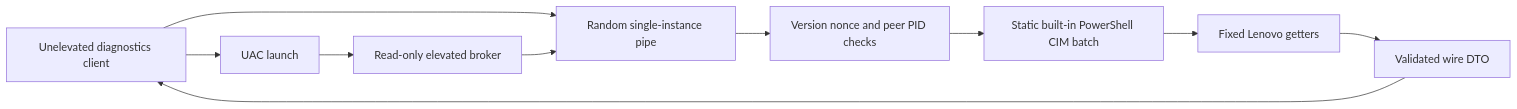
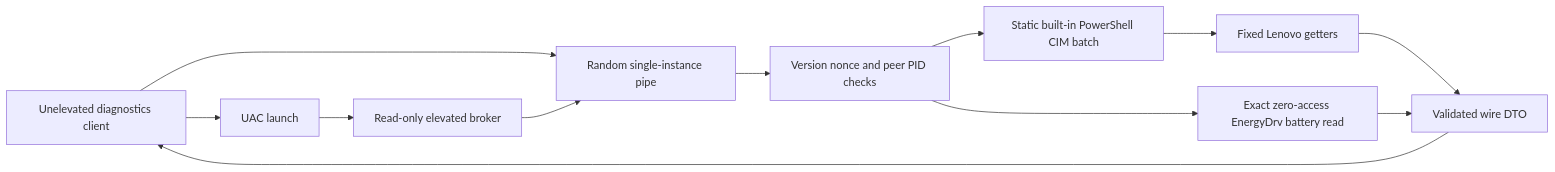
Before and after one commit to Anandb71/Legion-LOQ-control: the third of 4 diagrams in docs/ARCHITECTURE.md, drawn with Mermaid. The commit also changed other lines of this file and 9 other files, not shown here.

First line of the commit message:
docs: record validated battery mode read

````diff
--- a/docs/ARCHITECTURE.md
+++ b/docs/ARCHITECTURE.md
@@ -82,12 +82,14 @@
 ```mermaid
 flowchart LR
     Client[Unelevated diagnostics client] --> Pipe[Random single-instance pipe]
     Client --> Uac[UAC launch]
     Uac --> Broker[Read-only elevated broker]
     Broker --> Pipe
     Pipe --> Validate[Version nonce and peer PID checks]
     Validate --> CimBatch[Static built-in PowerShell CIM batch]
+    Validate --> EnergyRead[Exact zero-access EnergyDrv battery read]
     CimBatch --> Getters[Fixed Lenovo getters]
     Getters --> Wire[Validated wire DTO]
+    EnergyRead --> Wire
     Wire --> Client
 ```
````
